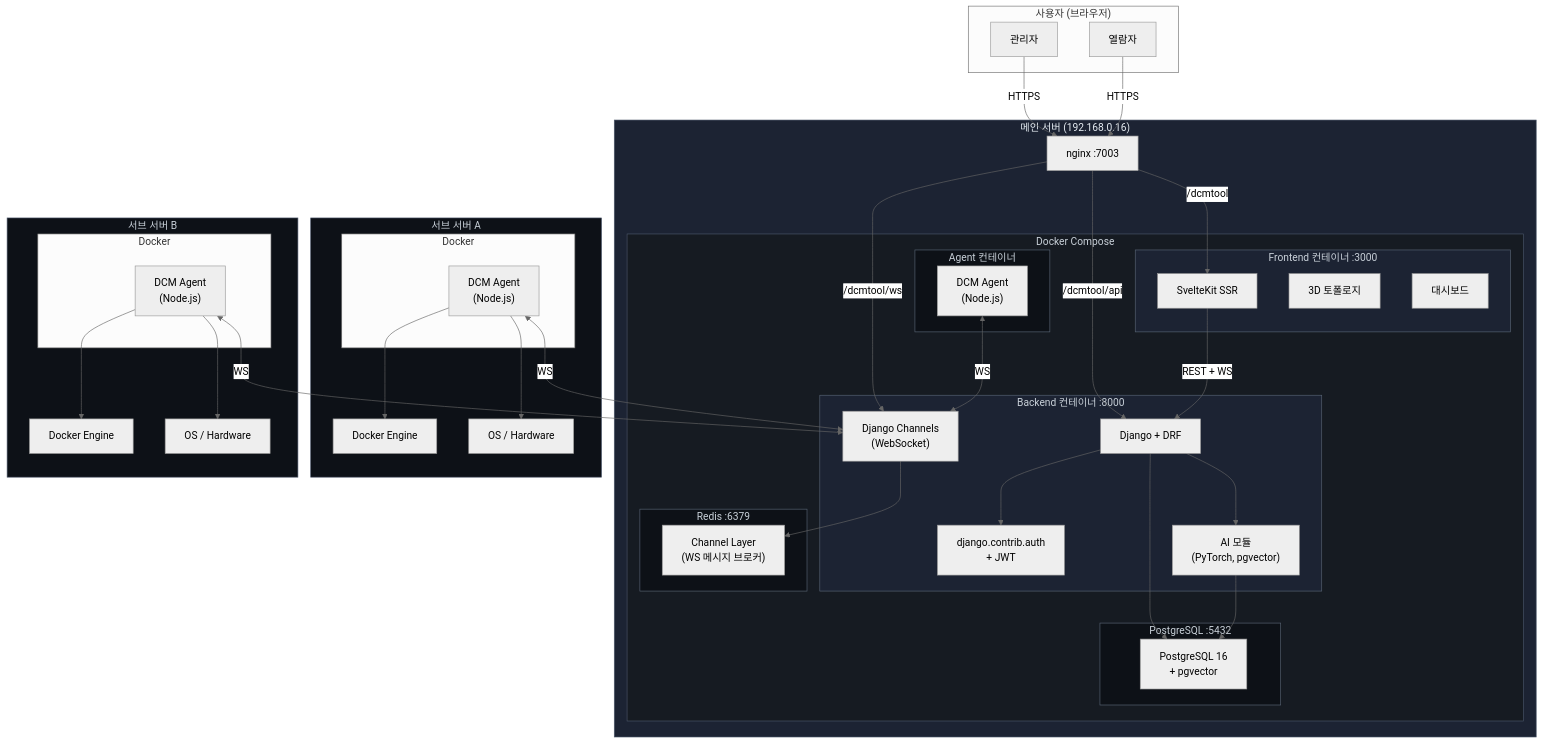
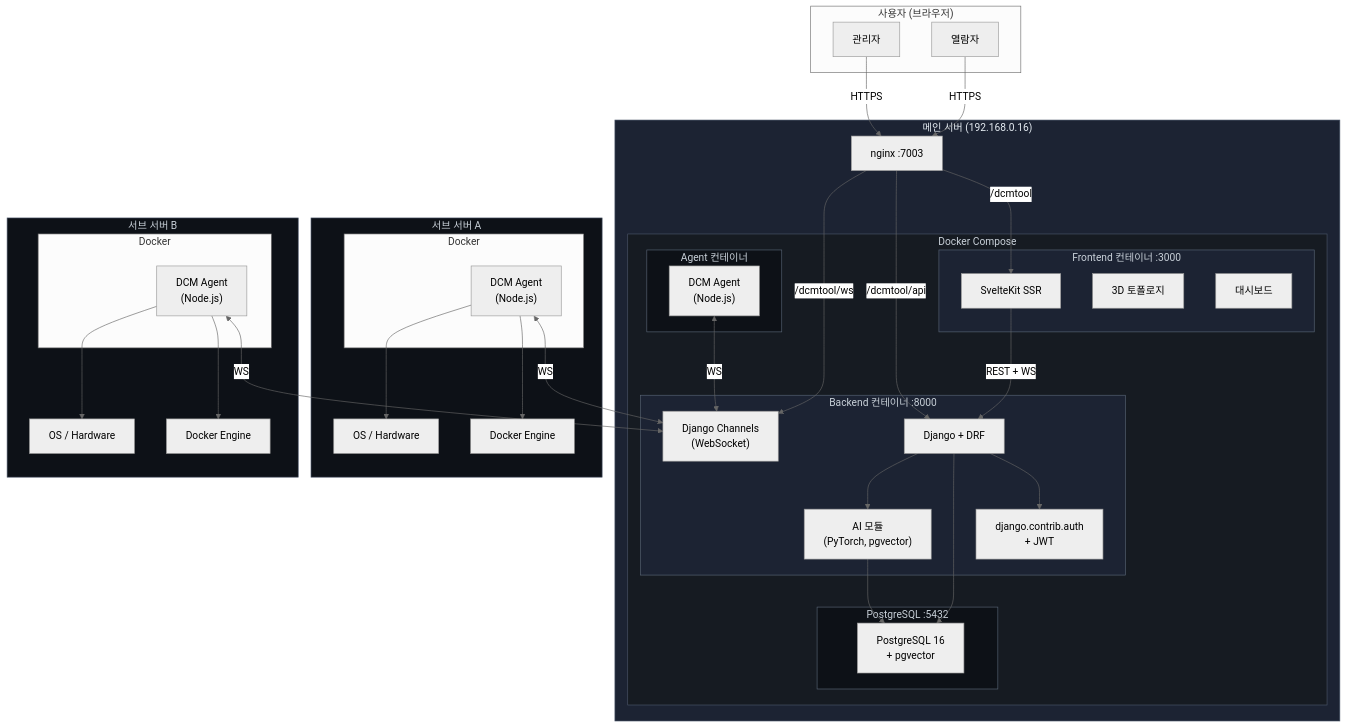
The first of 11 diagrams in docs/to-be-architecture.md (qkr7287/HyperCube), drawn with Mermaid (neutral theme) before and after one commit. The commit also changed other lines of this file, not shown here.

First line of the commit message:
docs: remove Redis, simplify to 4-container architecture

```diff
--- a/docs/to-be-architecture.md
+++ b/docs/to-be-architecture.md
@@ -42,10 +42,6 @@
 
             subgraph PgContainer["PostgreSQL :5432"]
                 PgDB["PostgreSQL 16<br/>+ pgvector"]
-            end
-
-            subgraph RedisContainer["Redis :6379"]
-                Redis["Channel Layer<br/>(WS 메시지 브로커)"]
             end
 
             subgraph AgentMain["Agent 컨테이너"]
@@ -78,7 +74,6 @@
     SvelteKit -->|REST + WS| Django
     Django --> AuthDJ
     Django --> PgDB
-    Channels --> Redis
     Django --> AI --> PgDB
 
     AgentM <-->|WS| Channels
@@ -95,7 +90,6 @@
     style FE fill:#1c2333,stroke:#586474,color:#c9d1d9
     style BE fill:#1c2333,stroke:#586474,color:#c9d1d9
     style PgContainer fill:#0d1117,stroke:#586474,color:#c9d1d9
-    style RedisContainer fill:#0d1117,stroke:#586474,color:#c9d1d9
     style AgentMain fill:#0d1117,stroke:#586474,color:#c9d1d9
     style SubServer1 fill:#0d1117,stroke:#4a5568,color:#c9d1d9
     style SubServer2 fill:#0d1117,stroke:#4a5568,color:#c9d1d9
```
